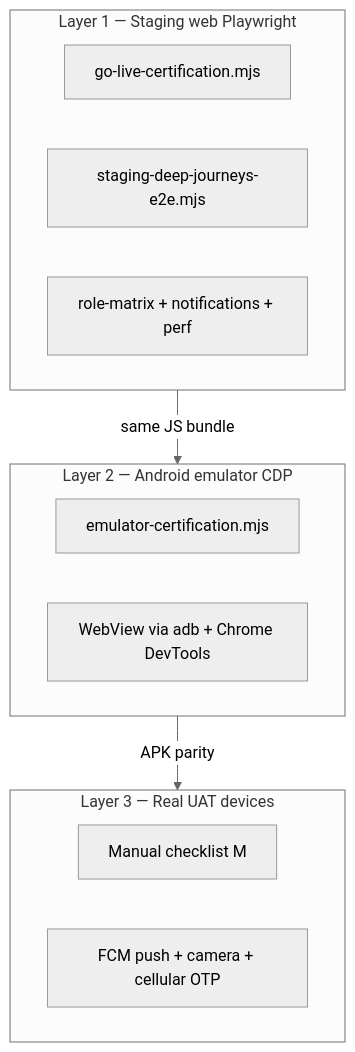
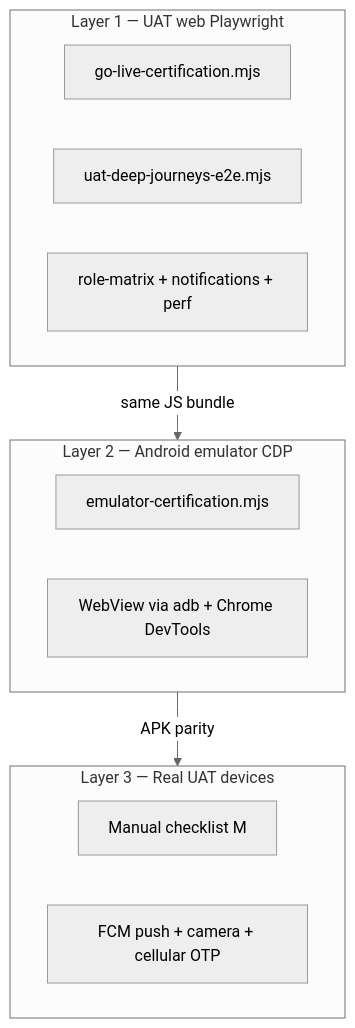
One commit to ajinkya-builds/Eravat2.0 changed the diagram in docs/testing/TESTING_AUTOMATION_ARCHITECTURE.md. Above: the diagram before and after it, drawn with Mermaid (neutral theme). The commit also changed other lines of this file and 99 other files, not shown here.

First line of the commit message:
Rename the staging environment to UAT.

````diff
--- a/docs/testing/TESTING_AUTOMATION_ARCHITECTURE.md
+++ b/docs/testing/TESTING_AUTOMATION_ARCHITECTURE.md
@@ -7,18 +7,18 @@
 ```mermaid
 flowchart TB
-  subgraph L1 [Layer 1 — Staging web Playwright]
+  subgraph L1 [Layer 1 — UAT web Playwright]
     A[go-live-certification.mjs]
-    B[staging-deep-journeys-e2e.mjs]
+    B[uat-deep-journeys-e2e.mjs]
     C[role-matrix + notifications + perf]
   end
   subgraph L2 [Layer 2 — Android emulator CDP]
     D[emulator-certification.mjs]
     E[WebView via adb + Chrome DevTools]
   end
   subgraph L3 [Layer 3 — Real UAT devices]
     F[Manual checklist M]
     G[FCM push + camera + cellular OTP]
   end
   L1 -->|same JS bundle| L2
   L2 -->|APK parity| L3
 ```
````
